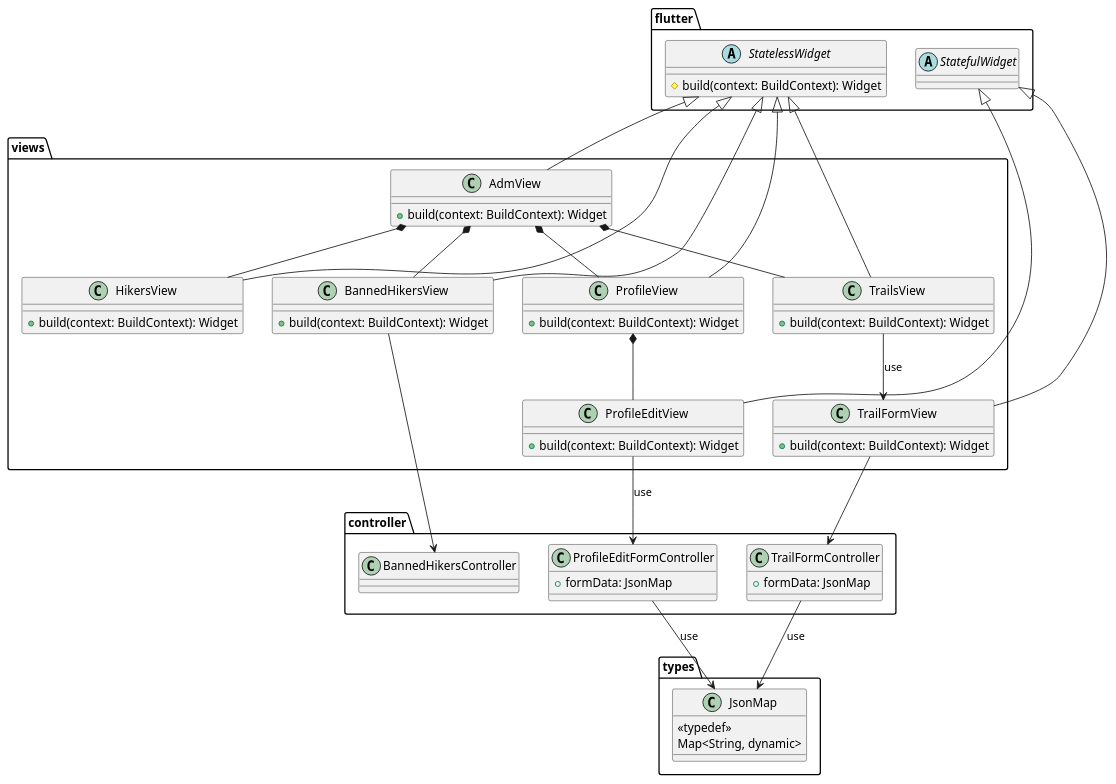
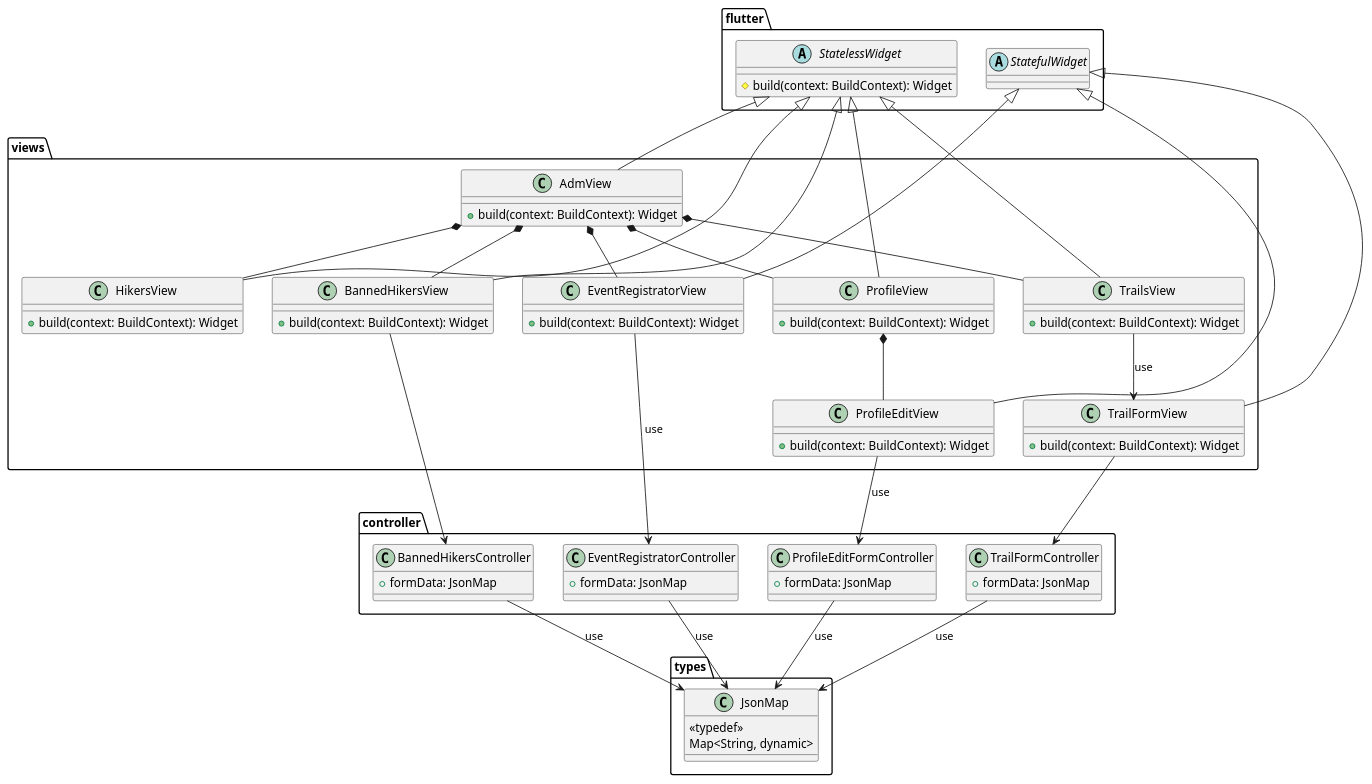
The diagram in docs/diagrams/src/class_diagrams/pe_na_pedra_class_diagram_8.plantuml (tiagors09/pe_na_pedra), drawn with PlantUML before and after one commit.

Commit message:
docs: :memo: add EventRegistratorController and EventRegistratorView

```diff
--- a/docs/diagrams/src/class_diagrams/pe_na_pedra_class_diagram_8.plantuml
+++ b/docs/diagrams/src/class_diagrams/pe_na_pedra_class_diagram_8.plantuml
@@ -1,83 +1,100 @@
 @startuml pe_na_pedra_class_diagram_8
 package types {
   class JsonMap {
     <<typedef>>
     Map<String, dynamic>
   }
 }
 
 package flutter {
   abstract class StatelessWidget {
   # build(context: BuildContext): Widget
   }
 
   abstract class StatefulWidget
 }
 
 package controller {
   class TrailFormController {
     + formData: JsonMap
   }
 
   class ProfileEditFormController {
     + formData: JsonMap
   }
 
-  class BannedHikersController
+  class BannedHikersController {
+    + formData: JsonMap
+  }
+
+  class EventRegistratorController {
+    + formData: JsonMap
+  }
 }
 
 package views {
   class AdmView {
+    + build(context: BuildContext): Widget
+  }
+
+  class EventRegistratorView {
     + build(context: BuildContext): Widget
   }
 
   class TrailsView {
     + build(context: BuildContext): Widget
   }
 
   class TrailFormView {
     + build(context: BuildContext): Widget
   }
 
   class ProfileView {
     + build(context: BuildContext): Widget
   }
 
   class ProfileEditView {
     + build(context: BuildContext): Widget
   }
 
   class BannedHikersView {
     + build(context: BuildContext): Widget
   }
 
   class HikersView {
     + build(context: BuildContext): Widget
   }
 }
 
 StatelessWidget <|-- AdmView
 StatelessWidget <|-- ProfileView
 StatefulWidget <|-- ProfileEditView
+StatefulWidget <|-- EventRegistratorView
 StatelessWidget <|-- TrailsView
 StatelessWidget <|-- BannedHikersView
 StatelessWidget <|-- HikersView
 
 AdmView *-- ProfileView
 ProfileView *-- ProfileEditView
 AdmView *-- TrailsView
 AdmView *-- BannedHikersView
 AdmView *-- HikersView
+AdmView *-- EventRegistratorView
 
 TrailsView --> TrailFormView : use
 ProfileEditView --> ProfileEditFormController : use
 
 TrailFormController --> JsonMap : use
 ProfileEditFormController --> JsonMap : use
 
+BannedHikersController --> JsonMap : use
+EventRegistratorController --> JsonMap : use
+
 BannedHikersView --> BannedHikersController
 
 TrailFormView --> TrailFormController
 
 StatefulWidget <|-- TrailFormView
+
+EventRegistratorView --> EventRegistratorController : use
 @enduml
```
